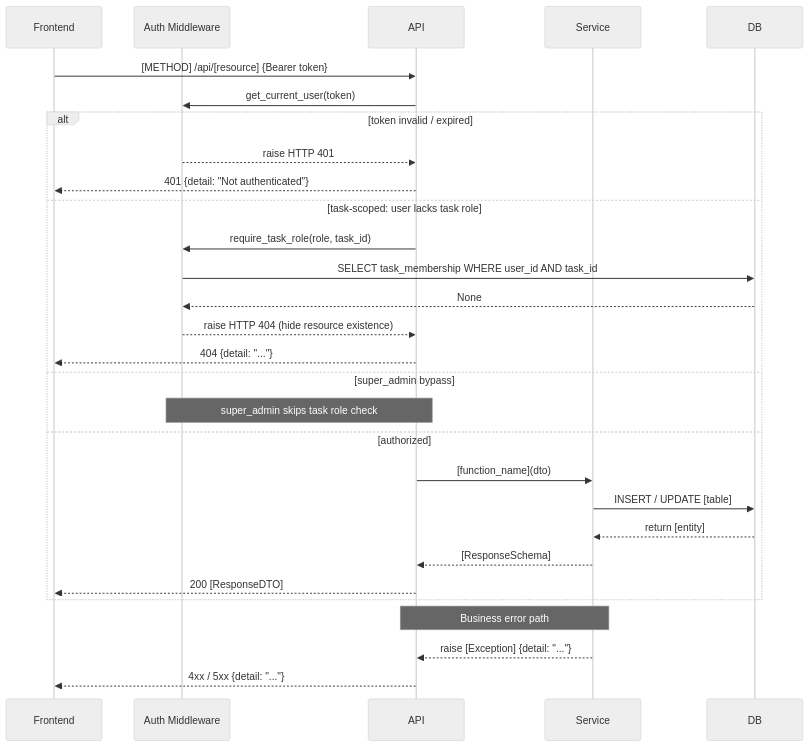
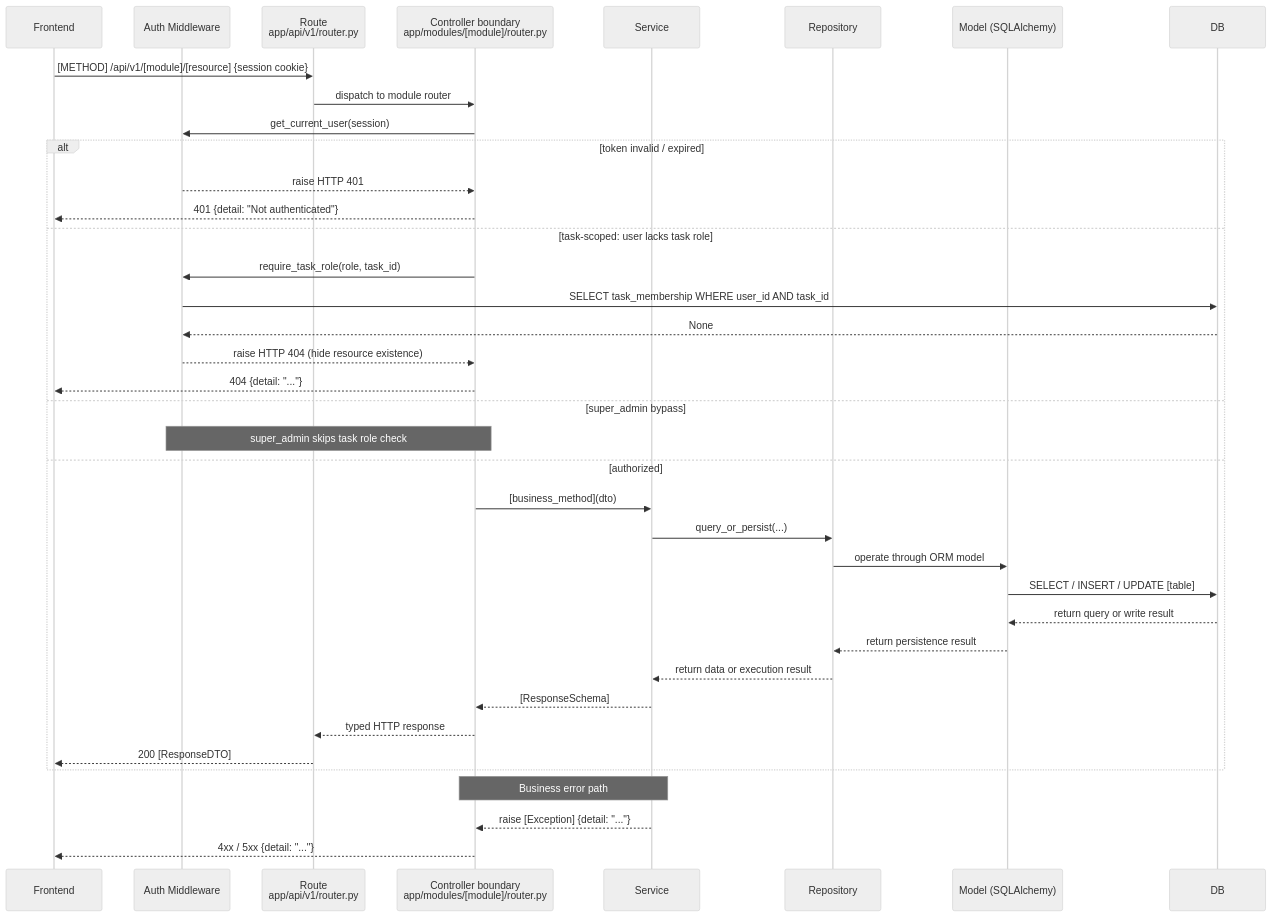
One commit to singyichen/label-suite changed the first of 2 diagrams in .specify/templates/plan-template.md. Above: the diagram before and after it, drawn with Mermaid (neutral theme). The commit also changed other lines of this file and 2 other files, not shown here.

Commit message:
docs(foundation): document backend component flow

````diff
--- a/.specify/templates/plan-template.md
+++ b/.specify/templates/plan-template.md
@@ -141,33 +141,42 @@
 ```mermaid
 sequenceDiagram
     participant Frontend
     participant Auth as Auth Middleware
-    participant API
+    participant Route as Route<br/>app/api/v1/router.py
+    participant Controller as Controller boundary<br/>app/modules/[module]/router.py
     participant Service
+    participant Repository
+    participant Model as Model (SQLAlchemy)
     participant DB
 
-    Frontend->>API: [METHOD] /api/[resource] {Bearer token}
-    API->>Auth: get_current_user(token)
+    Frontend->>Route: [METHOD] /api/v1/[module]/[resource] {session cookie}
+    Route->>Controller: dispatch to module router
+    Controller->>Auth: get_current_user(session)
     alt token invalid / expired
-        Auth-->>API: raise HTTP 401
-        API-->>Frontend: 401 {detail: "Not authenticated"}
+        Auth-->>Controller: raise HTTP 401
+        Controller-->>Frontend: 401 {detail: "Not authenticated"}
     else task-scoped: user lacks task role
-        API->>Auth: require_task_role(role, task_id)
+        Controller->>Auth: require_task_role(role, task_id)
         Auth->>DB: SELECT task_membership WHERE user_id AND task_id
         DB-->>Auth: None
-        Auth-->>API: raise HTTP 404 (hide resource existence)
-        API-->>Frontend: 404 {detail: "..."}
+        Auth-->>Controller: raise HTTP 404 (hide resource existence)
+        Controller-->>Frontend: 404 {detail: "..."}
     else super_admin bypass
-        Note over API,Auth: super_admin skips task role check
+        Note over Controller,Auth: super_admin skips task role check
     else authorized
-        API->>Service: [function_name](dto)
-        Service->>DB: INSERT / UPDATE [table]
-        DB-->>Service: return [entity]
-        Service-->>API: [ResponseSchema]
-        API-->>Frontend: 200 [ResponseDTO]
+        Controller->>Service: [business_method](dto)
+        Service->>Repository: query_or_persist(...)
+        Repository->>Model: operate through ORM model
+        Model->>DB: SELECT / INSERT / UPDATE [table]
+        DB-->>Model: return query or write result
+        Model-->>Repository: return persistence result
+        Repository-->>Service: return data or execution result
+        Service-->>Controller: [ResponseSchema]
+        Controller-->>Route: typed HTTP response
+        Route-->>Frontend: 200 [ResponseDTO]
     end
 
-    Note over Service,API: Business error path
-    Service-->>API: raise [Exception] {detail: "..."}
-    API-->>Frontend: 4xx / 5xx {detail: "..."}
+    Note over Service,Controller: Business error path
+    Service-->>Controller: raise [Exception] {detail: "..."}
+    Controller-->>Frontend: 4xx / 5xx {detail: "..."}
 ```
````
